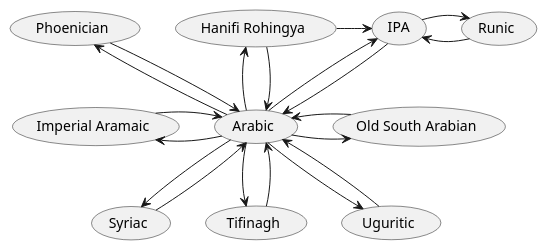
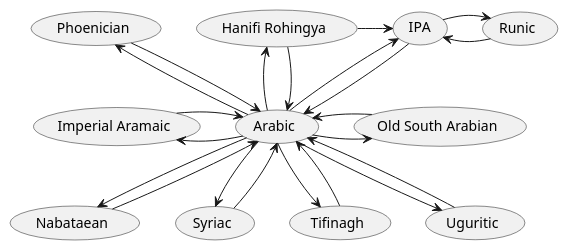
One commit to amerharb/abjad changed the diagram in packages/abjad-convert/doc/converters.puml. Above: the diagram before and after it, drawn with PlantUML. The commit also changed 25 other files, not shown here.

```diff
--- a/packages/abjad-convert/doc/converters.puml
+++ b/packages/abjad-convert/doc/converters.puml
@@ -1,24 +1,26 @@
 @startuml
 'https://plantuml.com/use-case-diagram
 
 (Arabic) -up-> (Hanifi Rohingya)
 (Arabic) <-up- (Hanifi Rohingya)
 (Arabic) -up-> (IPA)
 (Arabic) <-up- (IPA)
 (Runic) -left-> (IPA)
 (Runic) <-left- (IPA)
 (IPA) <-left- (Hanifi Rohingya)
 (Arabic) -up-> (Phoenician)
 (Arabic) <-up- (Phoenician)
+(Arabic) --> (Nabataean)
+(Arabic) <-- (Nabataean)
 (Arabic) -> (Old South Arabian)
 (Arabic) <- (Old South Arabian)
 (Arabic) -left-> (Imperial Aramaic)
 (Arabic) <-left- (Imperial Aramaic)
 (Arabic) --> (Syriac)
 (Arabic) <-- (Syriac)
 (Arabic) --> (Tifinagh)
 (Arabic) <-- (Tifinagh)
 (Arabic) --> (Uguritic)
 (Arabic) <-- (Uguritic)
 
 @enduml
```
